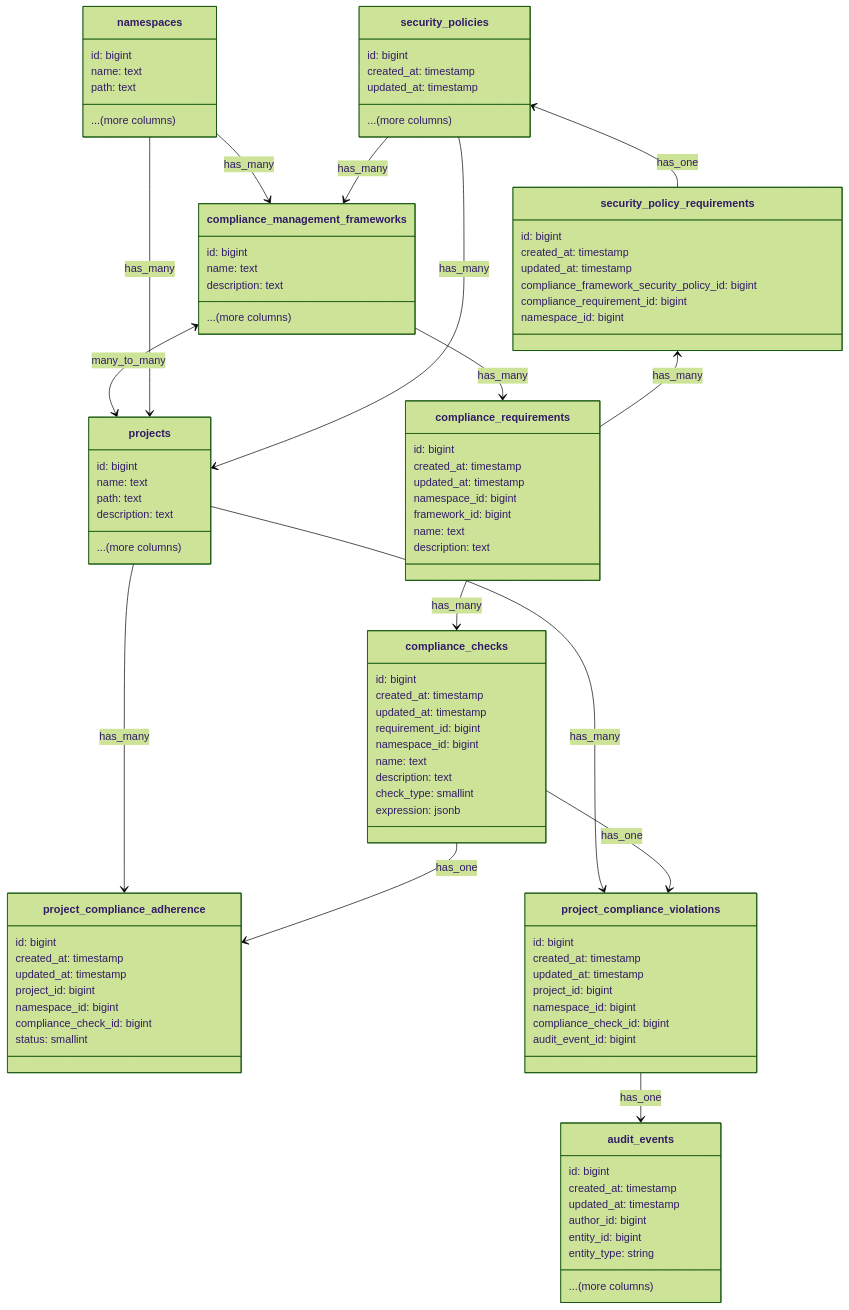
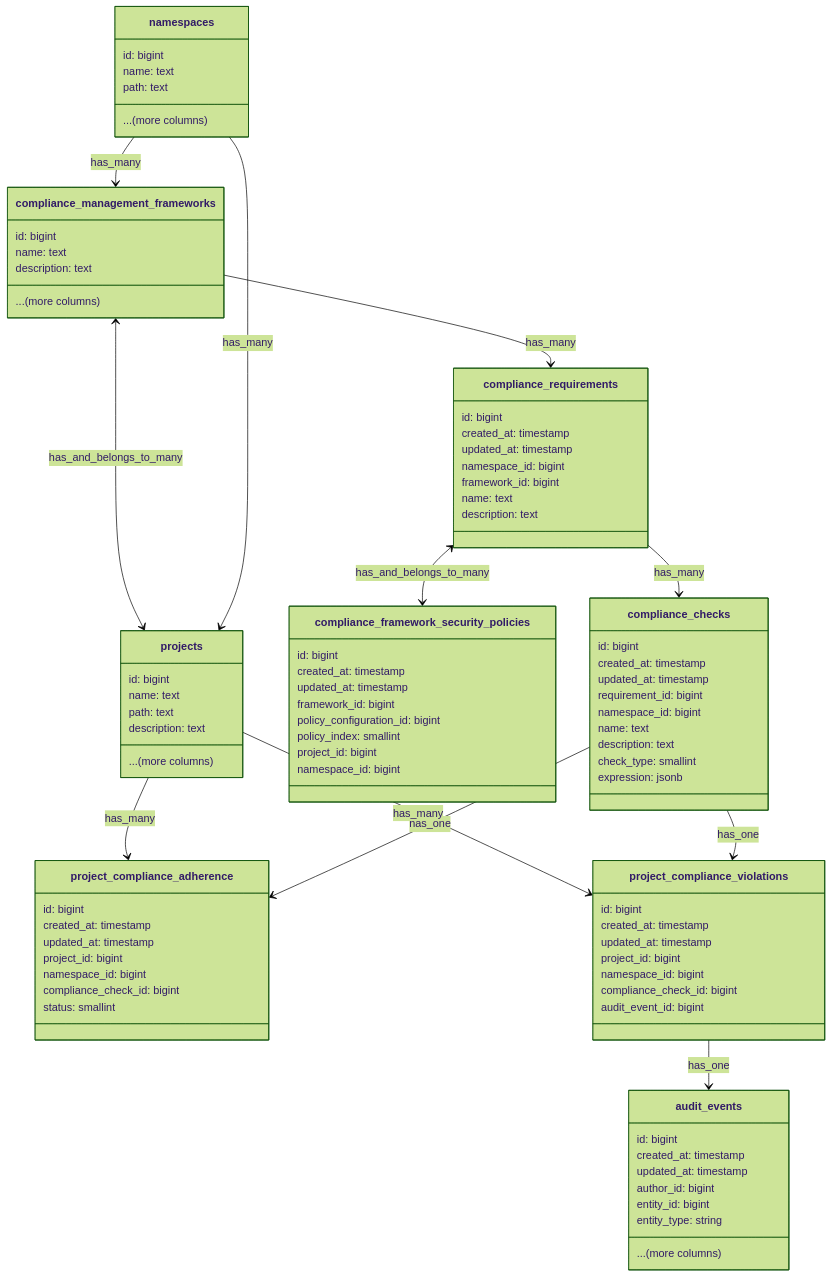
The diagram in content/handbook/engineering/architecture/design-documents/compliance-frameworks/decisions/004_violation_as_audit_events.md (moliver28/research-handbook), drawn with Mermaid (forest theme) before and after one commit. The commit also changed other lines of this file, not shown here.

Commit message:
Add relation between security policies and compliance requirements

````diff
--- a/content/handbook/engineering/architecture/design-documents/compliance-frameworks/decisions/004_violation_as_audit_events.md
+++ b/content/handbook/engineering/architecture/design-documents/compliance-frameworks/decisions/004_violation_as_audit_events.md
@@ -50,6 +50,17 @@
     framework_id: bigint
     name: text
     description: text
+}
+
+class compliance_framework_security_policies {
+    id: bigint
+    created_at: timestamp
+    updated_at: timestamp
+    framework_id: bigint
+    policy_configuration_id: bigint
+    policy_index: smallint
+    project_id: bigint
+    namespace_id: bigint
 }
 
 class compliance_checks {
@@ -94,25 +105,10 @@
     ...(more columns)
 }
 
-class security_policy_requirements {
-    id: bigint
-    created_at: timestamp
-    updated_at: timestamp
-    compliance_framework_security_policy_id: bigint
-    compliance_requirement_id: bigint
-    namespace_id: bigint
-}
-
-class security_policies {
-    id: bigint
-    created_at: timestamp
-    updated_at: timestamp
-    ...(more columns)
-}
-
 compliance_requirements --> compliance_checks : has_many
+compliance_requirements <--> compliance_framework_security_policies : has_and_belongs_to_many
 compliance_management_frameworks --> compliance_requirements : has_many
-compliance_management_frameworks <--> projects : many_to_many
+compliance_management_frameworks <--> projects : has_and_belongs_to_many
 namespaces --> projects : has_many
 namespaces --> compliance_management_frameworks : has_many
 projects --> project_compliance_adherence : has_many
@@ -120,8 +116,4 @@
 projects --> project_compliance_violations : has_many
 compliance_checks --> project_compliance_violations : has_one
 project_compliance_violations --> audit_events : has_one
-security_policy_requirements <-- compliance_requirements : has_many
-security_policies --> projects : has_many
-security_policies --> compliance_management_frameworks : has_many
-security_policies <-- security_policy_requirements : has_one
 ```
````
